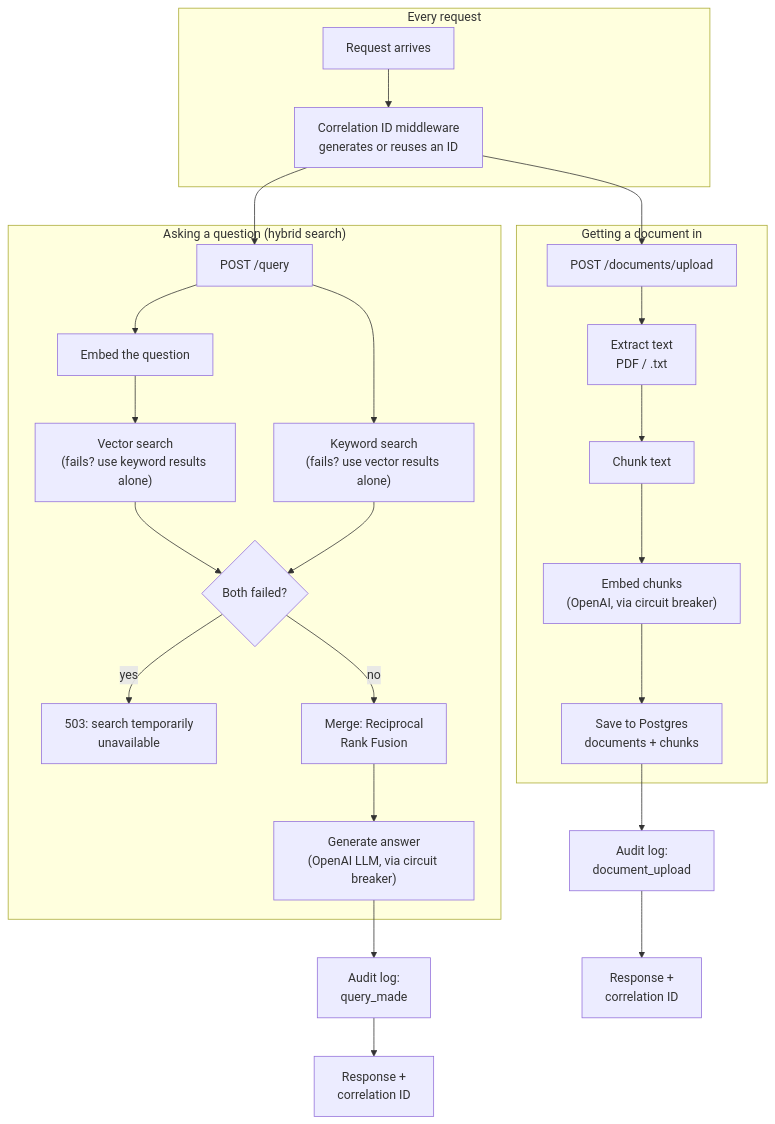
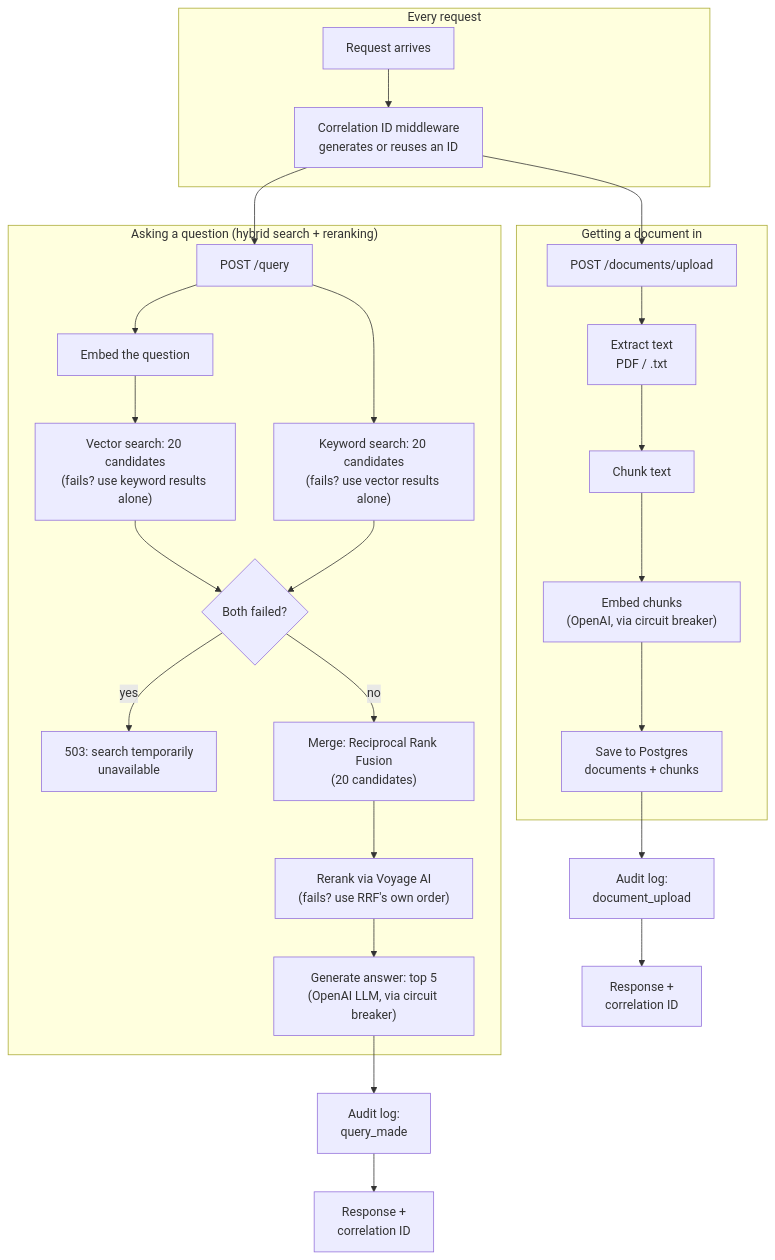
One commit to NavdeepTU/genai_projects changed the first of 2 diagrams in knowledge-brain/docs/ARCHITECTURE.md. Above: the diagram before and after it, drawn with Mermaid. The commit also changed other lines of this file and 13 other files, not shown here.

First line of the commit message:
Add reranking (Feature 4) via Voyage AI; start automated test suite

````diff
--- a/knowledge-brain/docs/ARCHITECTURE.md
+++ b/knowledge-brain/docs/ARCHITECTURE.md
@@ -18,33 +18,34 @@
 ```mermaid
 flowchart TD
     subgraph mw["Every request"]
         REQ[Request arrives] --> CID[Correlation ID middleware<br/>generates or reuses an ID]
     end
 
     CID --> UP[POST /documents/upload]
     CID --> Q[POST /query]
 
     subgraph ingest["Getting a document in"]
         UP --> EXTRACT[Extract text<br/>PDF / .txt]
         EXTRACT --> CHUNK[Chunk text]
         CHUNK --> EMBED["Embed chunks<br/>(OpenAI, via circuit breaker)"]
         EMBED --> SAVE[Save to Postgres<br/>documents + chunks]
     end
 
-    subgraph retrieve["Asking a question (hybrid search)"]
+    subgraph retrieve["Asking a question (hybrid search + reranking)"]
         Q --> QEMBED[Embed the question]
-        QEMBED --> VEC["Vector search<br/>(fails? use keyword results alone)"]
-        Q --> KW["Keyword search<br/>(fails? use vector results alone)"]
+        QEMBED --> VEC["Vector search: 20 candidates<br/>(fails? use keyword results alone)"]
+        Q --> KW["Keyword search: 20 candidates<br/>(fails? use vector results alone)"]
         VEC --> BOTH{Both failed?}
         KW --> BOTH
         BOTH -->|yes| ERR[503: search temporarily<br/>unavailable]
-        BOTH -->|no| RRF[Merge: Reciprocal<br/>Rank Fusion]
-        RRF --> GEN["Generate answer<br/>(OpenAI LLM, via circuit breaker)"]
+        BOTH -->|no| RRF["Merge: Reciprocal Rank Fusion<br/>(20 candidates)"]
+        RRF --> RERANK["Rerank via Voyage AI<br/>(fails? use RRF's own order)"]
+        RERANK --> GEN["Generate answer: top 5<br/>(OpenAI LLM, via circuit breaker)"]
     end
 
     SAVE --> AUDIT1[Audit log:<br/>document_upload]
     GEN --> AUDIT2[Audit log:<br/>query_made]
 
     AUDIT1 --> RESP1[Response +<br/>correlation ID]
     AUDIT2 --> RESP2[Response +<br/>correlation ID]
 ```
````
